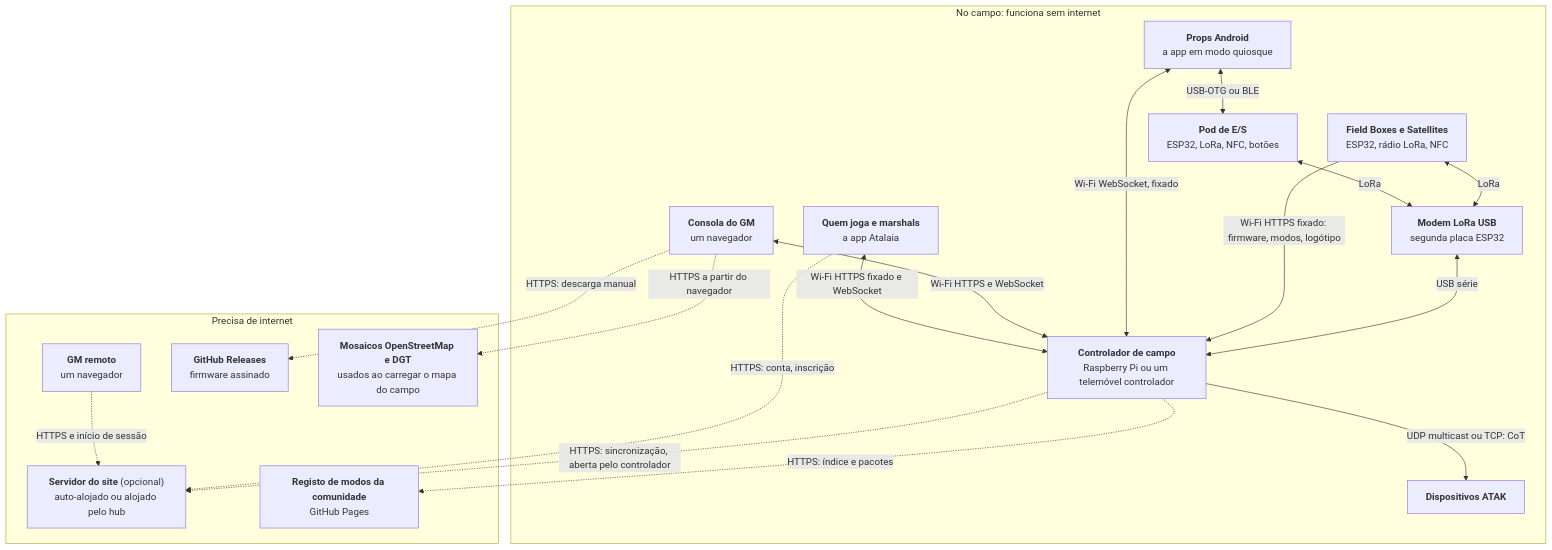
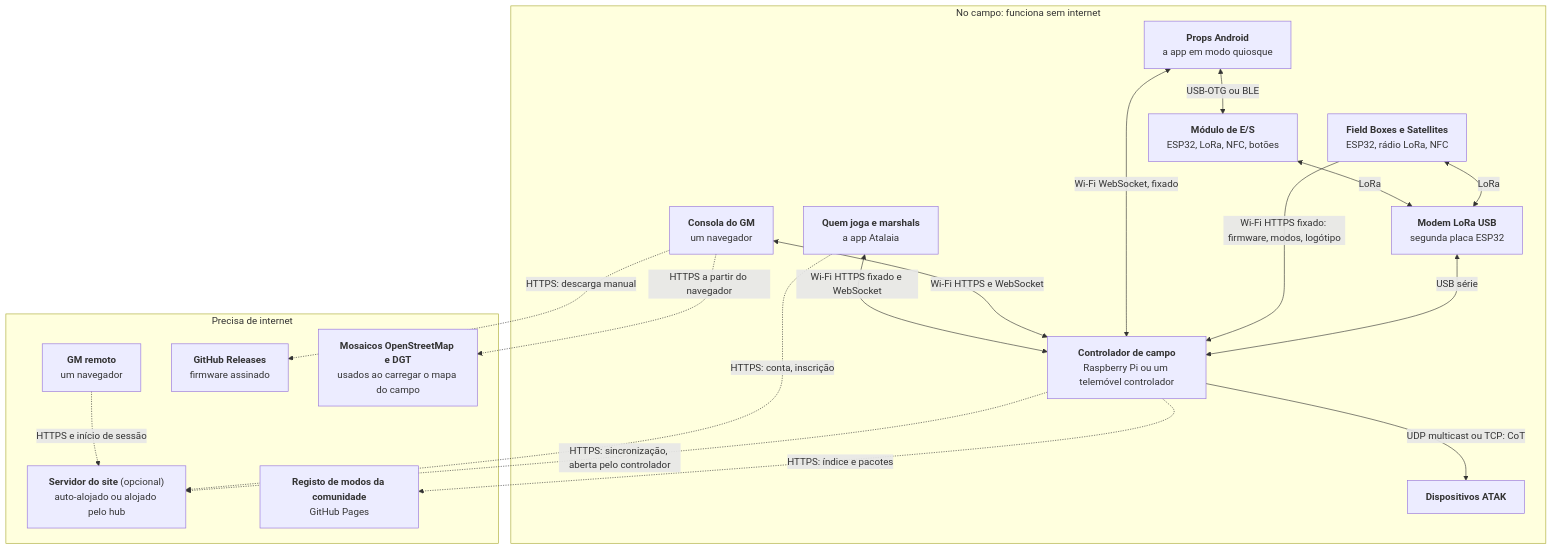
One commit to vakaobr/atalaia-project changed the first of 7 diagrams in docs/architecture.pt.md. Above: the diagram before and after it, drawn with Mermaid. The commit also changed other lines of this file and 6 other files, not shown here.

First line of the commit message:
Architecture, pt: the glossary's terms (marcador, módulo de E/S, chave/carga de entrada) in the site's diagram labels and the pt doc; pt SVGs redrawn

````diff
--- a/docs/architecture.pt.md
+++ b/docs/architecture.pt.md
@@ -44,47 +44,47 @@
 ```mermaid
 flowchart TB
     subgraph field["No campo: funciona sem internet"]
         boxes["`**Field Boxes e Satellites**
 ESP32, rádio LoRa, NFC`"]
         modem["`**Modem LoRa USB**
 segunda placa ESP32`"]
-        pod["`**Pod de E/S**
+        pod["`**Módulo de E/S**
 ESP32, LoRa, NFC, botões`"]
         ctrl["`**Controlador de campo**
 Raspberry Pi ou um telemóvel controlador`"]
         gm["`**Consola do GM**
 um navegador`"]
         phones["`**Quem joga e marshals**
 a app Atalaia`"]
         props["`**Props Android**
 a app em modo quiosque`"]
         atak["`**Dispositivos ATAK**`"]
     end
     subgraph net["Precisa de internet"]
         site["`**Servidor do site** (opcional)
 auto-alojado ou alojado pelo hub`"]
         rgm["`**GM remoto**
 um navegador`"]
         reg["`**Registo de modos da comunidade**
 GitHub Pages`"]
         gh["`**GitHub Releases**
 firmware assinado`"]
         maps["`**Mosaicos OpenStreetMap e DGT**
 usados ao carregar o mapa do campo`"]
     end
     boxes <-->|"LoRa"| modem
     modem <-->|"USB série"| ctrl
     pod <-->|"LoRa"| modem
     boxes -->|"Wi-Fi HTTPS fixado: firmware, modos, logótipo"| ctrl
     props <-->|"Wi-Fi WebSocket, fixado"| ctrl
     props <-->|"USB-OTG ou BLE"| pod
     gm <-->|"Wi-Fi HTTPS e WebSocket"| ctrl
     phones <-->|"Wi-Fi HTTPS fixado e WebSocket"| ctrl
     ctrl -->|"UDP multicast ou TCP: CoT"| atak
     ctrl -.->|"HTTPS: sincronização, aberta pelo controlador"| site
     phones -.->|"HTTPS: conta, inscrição"| site
     rgm -.->|"HTTPS e início de sessão"| site
     ctrl -.->|"HTTPS: índice e pacotes"| reg
     gm -.->|"HTTPS: descarga manual"| gh
     gm -.->|"HTTPS a partir do navegador"| maps
 ```
````
